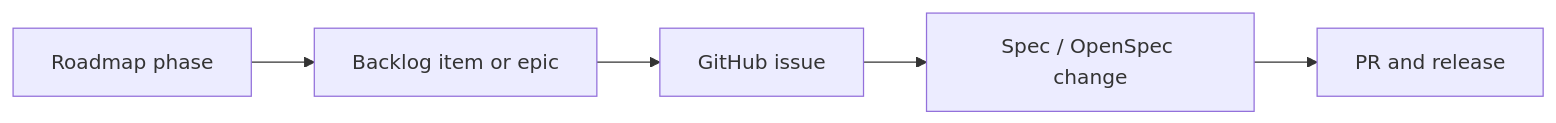
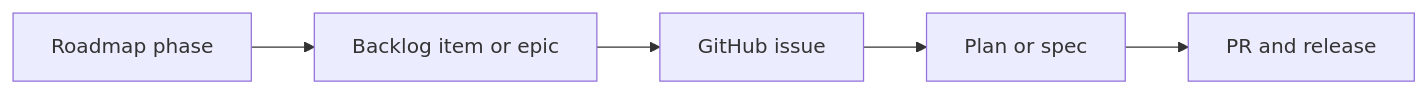
One commit to brawblan/ai-workflow changed the diagram in plugins/workflow/skills/project-setup/templates/constitution/roadmap.md. Above: the diagram before and after it, drawn with Mermaid. The commit also changed 24 other files, not shown here.

First line of the commit message:
feat(workflow): remove OpenSpec support and add the planner role

````diff
--- a/plugins/workflow/skills/project-setup/templates/constitution/roadmap.md
+++ b/plugins/workflow/skills/project-setup/templates/constitution/roadmap.md
@@ -9,7 +9,7 @@
 ```mermaid
 flowchart LR
   R[Roadmap phase] --> B[Backlog item or epic]
   B --> I[GitHub issue]
-  I --> C[Spec / OpenSpec change]
+  I --> C[Plan or spec]
   C --> PR[PR and release]
 ```
````
